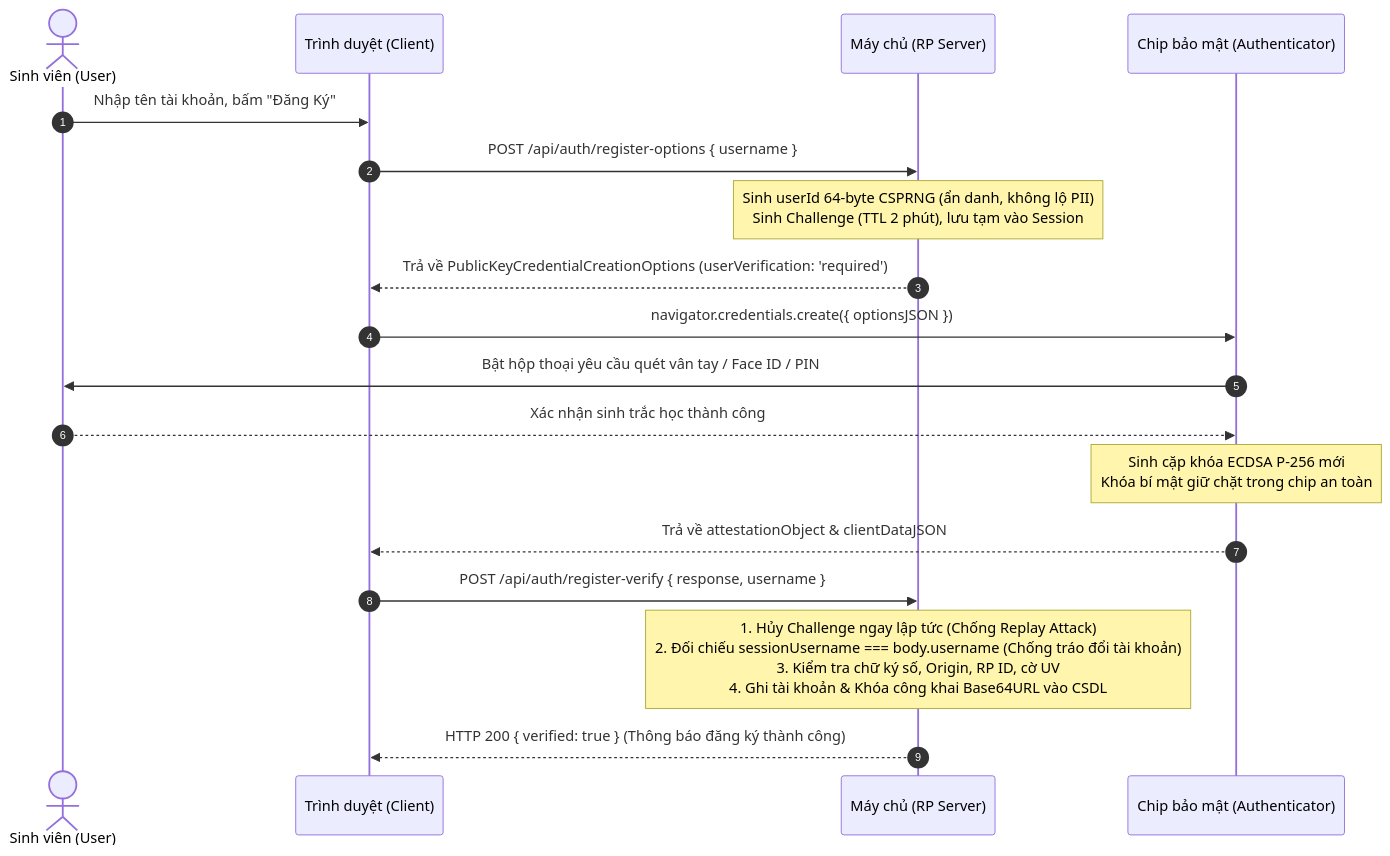
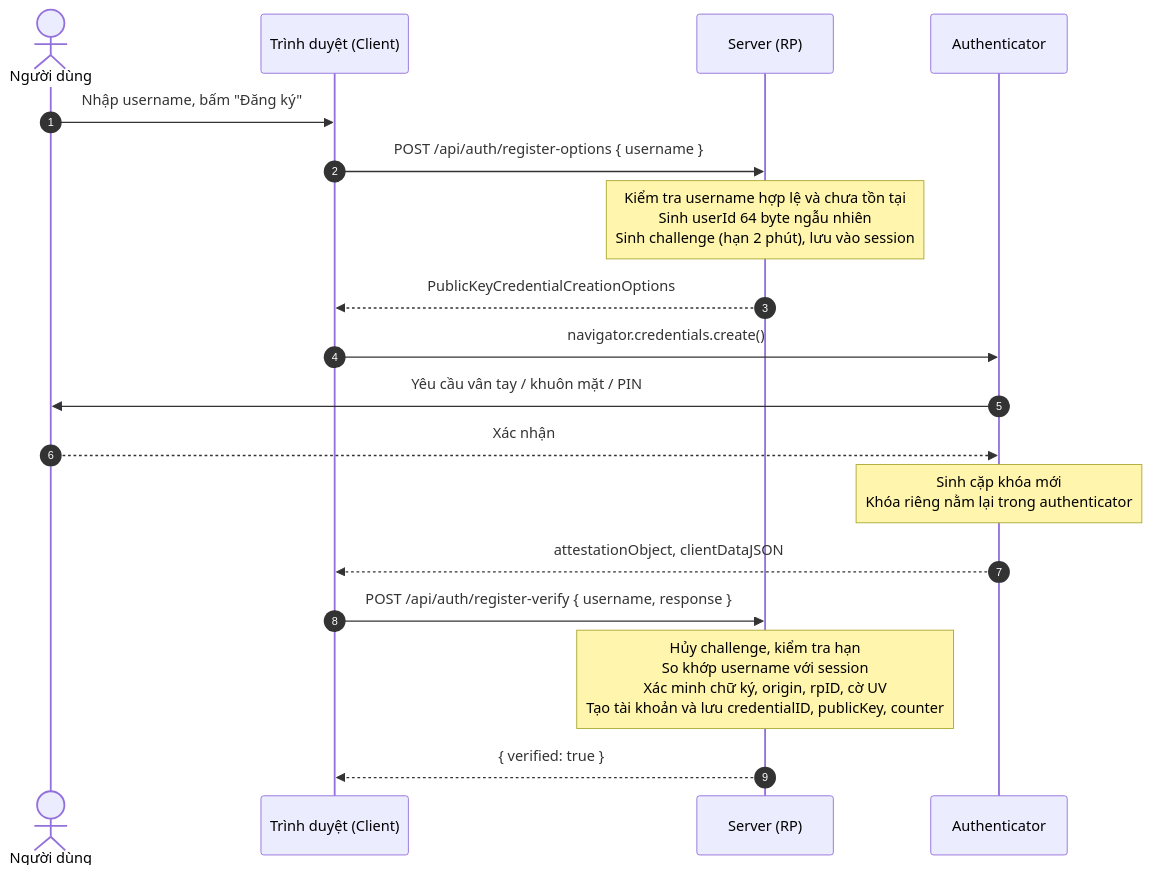
One commit to nguyenquockiet2462005/fido2 changed the first of 3 diagrams in README.md. Above: the diagram before and after it, drawn with Mermaid. The commit also changed other lines of this file, not shown here.

````diff
--- a/README.md
+++ b/README.md
@@ -88,21 +90,21 @@
 ```mermaid
 sequenceDiagram
     autonumber
-    actor U as Sinh viên (User)
+    actor U as Người dùng
     participant C as Trình duyệt (Client)
-    participant S as Máy chủ (RP Server)
-    participant A as Chip bảo mật (Authenticator)
+    participant S as Server (RP)
+    participant A as Authenticator
 
-    U->>C: Nhập tên tài khoản, bấm "Đăng Ký"
+    U->>C: Nhập username, bấm "Đăng ký"
     C->>S: POST /api/auth/register-options { username }
-    Note over S: Sinh userId 64-byte CSPRNG (ẩn danh, không lộ PII)<br/>Sinh Challenge (TTL 2 phút), lưu tạm vào Session
-    S-->>C: Trả về PublicKeyCredentialCreationOptions (userVerification: 'required')
-    C->>A: navigator.credentials.create({ optionsJSON })
-    A->>U: Bật hộp thoại yêu cầu quét vân tay / Face ID / PIN
-    U-->>A: Xác nhận sinh trắc học thành công
-    Note over A: Sinh cặp khóa ECDSA P-256 mới<br/>Khóa bí mật giữ chặt trong chip an toàn
-    A-->>C: Trả về attestationObject & clientDataJSON
-    C->>S: POST /api/auth/register-verify { response, username }
-    Note over S: 1. Hủy Challenge ngay lập tức (Chống Replay Attack)<br/>2. Đối chiếu sessionUsername === body.username (Chống tráo đổi tài khoản)<br/>3. Kiểm tra chữ ký số, Origin, RP ID, cờ UV<br/>4. Ghi tài khoản & Khóa công khai Base64URL vào CSDL
-    S-->>C: HTTP 200 { verified: true } (Thông báo đăng ký thành công)
+    Note over S: Kiểm tra username hợp lệ và chưa tồn tại<br/>Sinh userId 64 byte ngẫu nhiên<br/>Sinh challenge (hạn 2 phút), lưu vào session
+    S-->>C: PublicKeyCredentialCreationOptions
+    C->>A: navigator.credentials.create()
+    A->>U: Yêu cầu vân tay / khuôn mặt / PIN
+    U-->>A: Xác nhận
+    Note over A: Sinh cặp khóa mới<br/>Khóa riêng nằm lại trong authenticator
+    A-->>C: attestationObject, clientDataJSON
+    C->>S: POST /api/auth/register-verify { username, response }
+    Note over S: Hủy challenge, kiểm tra hạn<br/>So khớp username với session<br/>Xác minh chữ ký, origin, rpID, cờ UV<br/>Tạo tài khoản và lưu credentialID, publicKey, counter
+    S-->>C: { verified: true }
 ```
````
